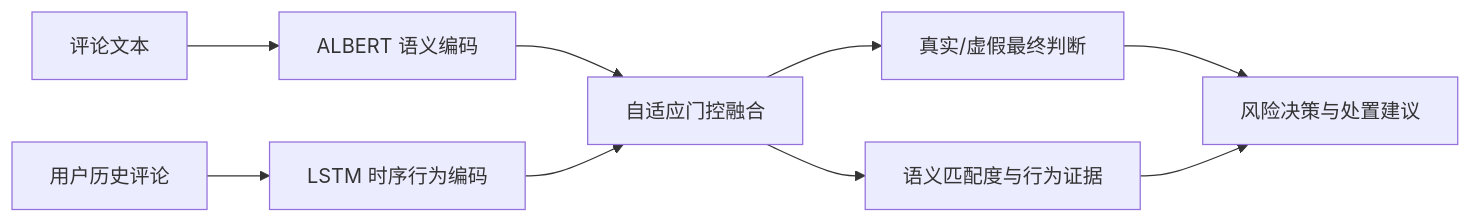
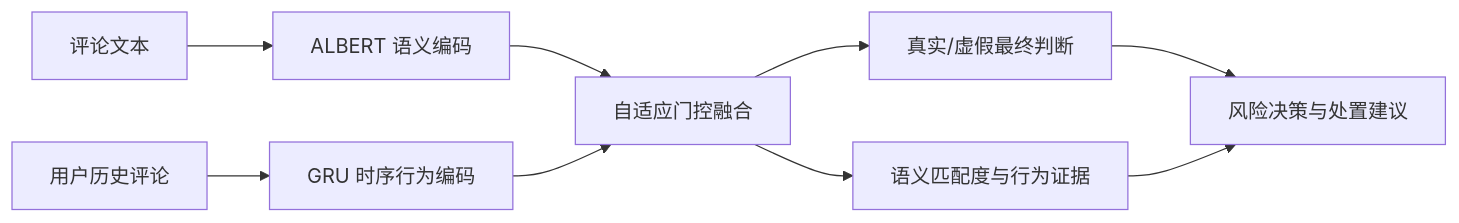
Before and after one commit to 007wwww123/Review-Monitoring-Software: the diagram in 项目代码/software_v1/README.md, drawn with Mermaid. The commit also changed other lines of this file and 16 other files, not shown here.

````diff
--- a/项目代码/software_v1/README.md
+++ b/项目代码/software_v1/README.md
@@ -31,11 +31,11 @@
 ```mermaid
 flowchart LR
     A["评论文本"] --> B["ALBERT 语义编码"]
-    C["用户历史评论"] --> D["LSTM 时序行为编码"]
+    C["用户历史评论"] --> D["GRU 时序行为编码"]
     B --> E["自适应门控融合"]
     D --> E
     E --> F["真实/虚假最终判断"]
     E --> G["语义匹配度与行为证据"]
     F --> H["风险决策与处置建议"]
     G --> H
 ```
````
